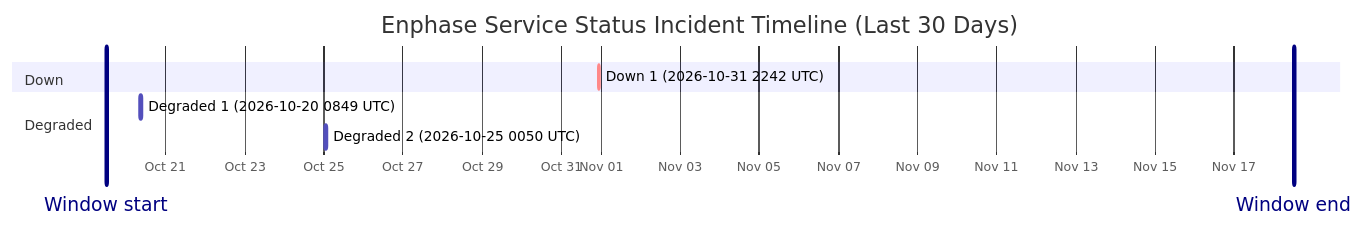
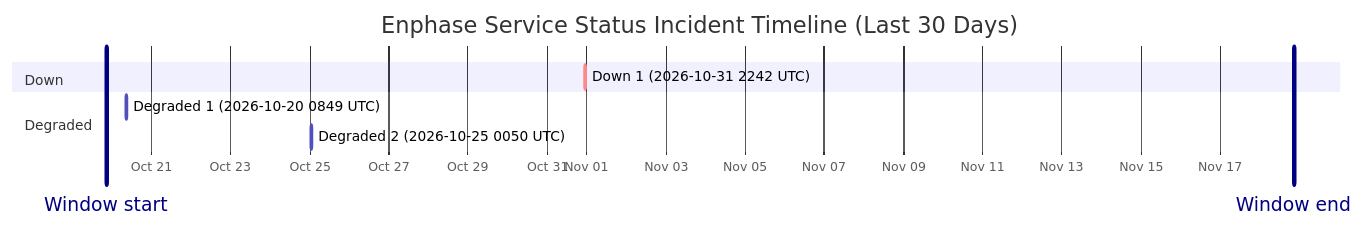
One commit to barneyonline/ha-enphase-energy changed the diagram in wiki/Service-Status-History.md. Above: the diagram before and after it, drawn with Mermaid. The commit also changed other lines of this file and 3 other files, not shown here.

````diff
--- a/wiki/Service-Status-History.md
+++ b/wiki/Service-Status-History.md
@@ -14,13 +14,13 @@
 ```mermaid
 gantt
     title Enphase Service Status Incident Timeline (Last 30 Days)
     dateFormat  YYYY-MM-DDTHH:mm:ss
     axisFormat  %b %d
-    Window start :vert, window-start, 2026-10-19T12:03:09, 0ms
-    Window end :vert, window-end, 2026-11-18T12:03:09, 0ms
+    Window start :vert, window-start, 2026-10-19T20:47:28, 0ms
+    Window end :vert, window-end, 2026-11-18T20:47:28, 0ms
     section Down
     Down 1 (2026-10-31 2242 UTC) :crit, down-1, 2026-10-31T22:42:18, 60m
     section Degraded
     Degraded 1 (2026-10-20 0849 UTC) :active, degraded-1, 2026-10-20T08:49:49, 60m
     Degraded 2 (2026-10-25 0050 UTC) :active, degraded-2, 2026-10-25T00:50:01, 60m
 ```
````
